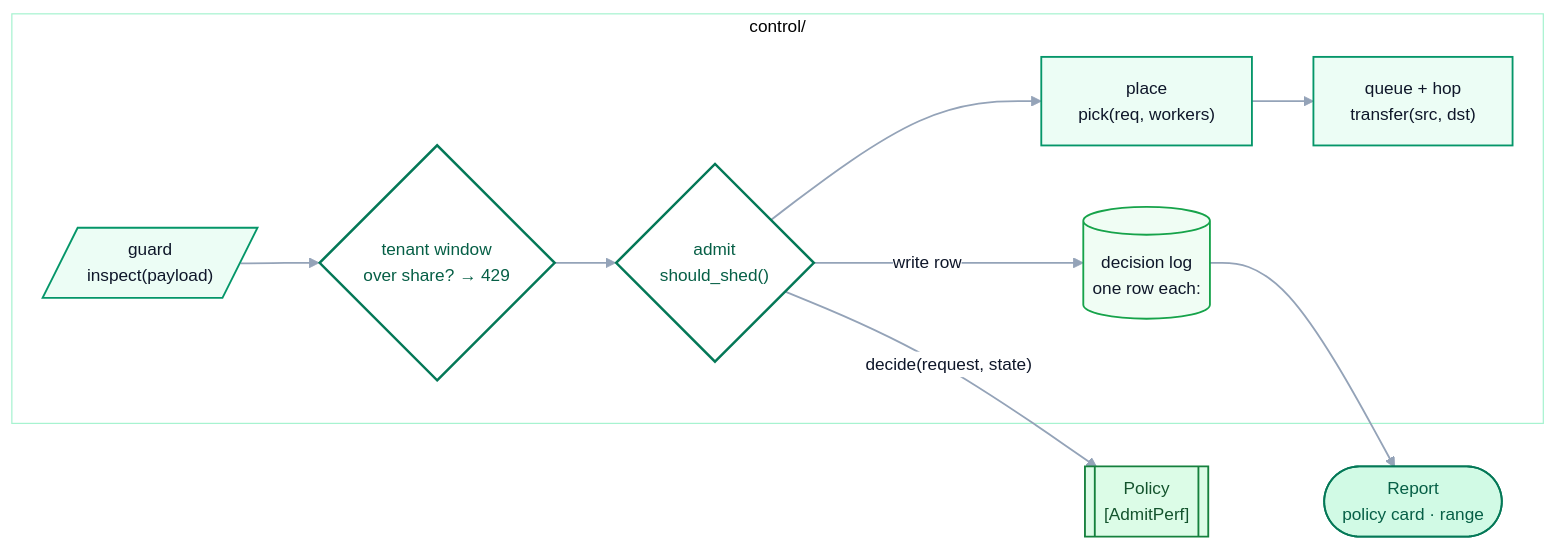
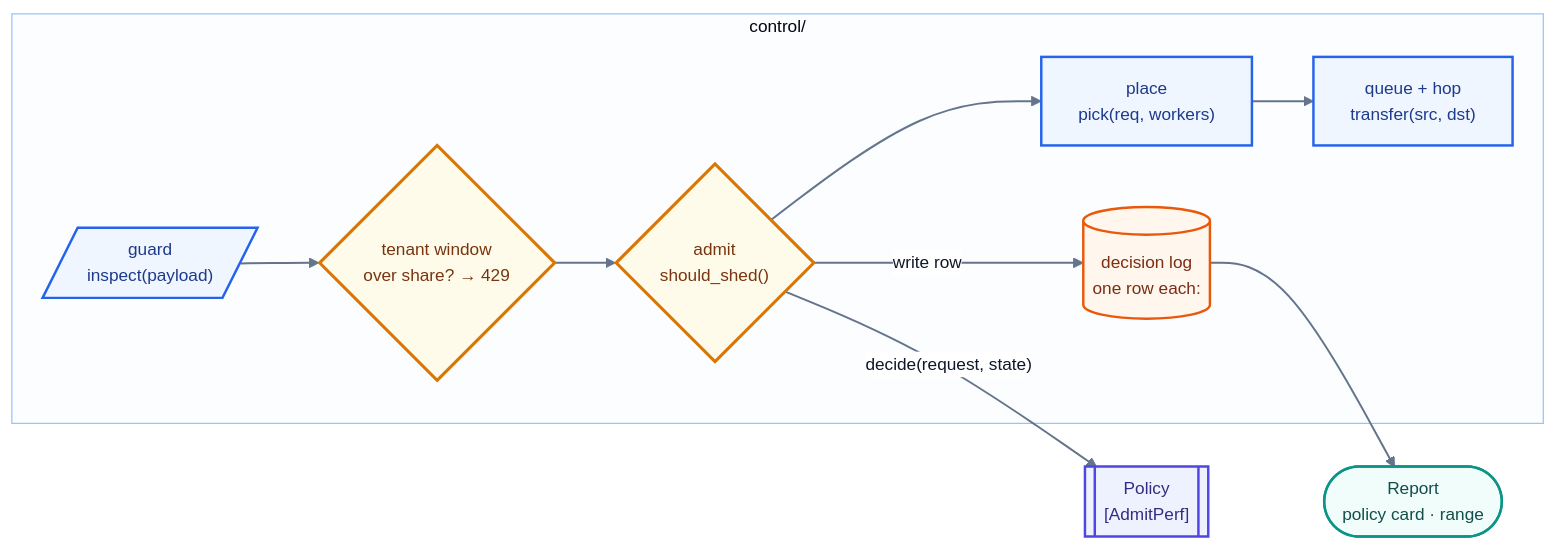
One commit to harshuljain13/Dodona changed the third of 3 diagrams in PROJECT.md. Above: the diagram before and after it, drawn with Mermaid. The commit also changed other lines of this file and 13 other files, not shown here.

First line of the commit message:
docs: make the hero diagram teach something, restore colour

````diff
--- a/PROJECT.md
+++ b/PROJECT.md
@@ -301,50 +313,56 @@
 ```mermaid
 %%{init: {'theme':'base','themeVariables':{
   'fontFamily':'ui-sans-serif, -apple-system, Segoe UI, Inter, Helvetica, Arial, sans-serif','fontSize':'14px',
-  'primaryColor':'#ecfdf5','primaryTextColor':'#0f172a','primaryBorderColor':'#059669',
-  'secondaryColor':'#f8fafc','tertiaryColor':'#ffffff',
-  'lineColor':'#94a3b8','textColor':'#1e293b',
-  'clusterBkg':'#ffffff','clusterBorder':'#a7f3d0',
-  'edgeLabelBackground':'#ffffff','nodeBorder':'#059669'
+  'primaryColor':'#eff6ff','primaryTextColor':'#0f172a','primaryBorderColor':'#2563eb',
+  'secondaryColor':'#f0fdf4','tertiaryColor':'#fffbeb',
+  'lineColor':'#64748b','textColor':'#1e293b',
+  'clusterBkg':'#fbfdff','clusterBorder':'#93c5fd',
+  'edgeLabelBackground':'#ffffff','nodeBorder':'#2563eb'
 }}}%%
 flowchart LR
   subgraph GW["control/"]
     G[/"guard<br/>inspect(payload)"/]
     T{"tenant window<br/>over share? → 429"}
     A{"admit<br/>should_shed()"}
     P["place<br/>pick(req, workers)"]
     H["queue + hop<br/>transfer(src, dst)"]
     L[("decision log<br/>one row each:")]
     G --> T --> A --> P --> H
   end
 
   POL[["Policy<br/>[AdmitPerf]"]]
   REP(["Report<br/>policy card · range"])
 
   A -->|"decide(request, state)"| POL
   A -->|"write row"| L
   L --> REP
 
   class G,P,H primary
   class T,A decision
   class POL highlight
   class L data
   class REP success
 
-    classDef primary   fill:#ecfdf5,stroke:#059669,stroke-width:1.5px,color:#0f172a
-    classDef secondary fill:#f0fdf4,stroke:#16a34a,stroke-width:1.5px,color:#0f172a
-    classDef accent    fill:#ffffff,stroke:#059669,stroke-width:1.5px,color:#0f172a
-    classDef decision  fill:#ffffff,stroke:#047857,stroke-width:2px,color:#065f46
-    classDef gate      fill:#ffffff,stroke:#047857,stroke-width:2px,color:#065f46
-    classDef data      fill:#f0fdf4,stroke:#16a34a,stroke-width:1.5px,color:#0f172a
-    classDef neutral   fill:#f8fafc,stroke:#cbd5e1,stroke-width:1.5px,color:#475569
-    classDef success   fill:#d1fae5,stroke:#047857,stroke-width:1.5px,color:#065f46
-    classDef out       fill:#d1fae5,stroke:#047857,stroke-width:1.5px,color:#065f46
-    classDef input     fill:#ffffff,stroke:#94a3b8,stroke-width:1.5px,color:#334155
-    classDef highlight fill:#dcfce7,stroke:#15803d,stroke-width:1.5px,color:#14532d
-    classDef pick      fill:#d1fae5,stroke:#047857,stroke-width:2px,color:#064e3b
-    classDef alt       fill:#ecfdf5,stroke:#059669,stroke-width:1.5px,color:#0f172a
-    classDef dead      fill:#ffffff,stroke:#e2e8f0,stroke-width:1.5px,color:#94a3b8
-    classDef note      fill:#ffffff,stroke:#e2e8f0,stroke-width:1px,color:#64748b
-    linkStyle default stroke:#94a3b8,stroke-width:1.5px
+    classDef actor  fill:#fff1f2,stroke:#e11d48,stroke-width:2px,color:#881337
+    classDef input  fill:#fff1f2,stroke:#e11d48,stroke-width:2px,color:#881337
+    classDef ext    fill:#faf5ff,stroke:#9333ea,stroke-width:2px,color:#581c87
+    classDef accent fill:#faf5ff,stroke:#9333ea,stroke-width:2px,color:#581c87
+    classDef ours   fill:#eff6ff,stroke:#2563eb,stroke-width:2px,color:#1e3a8a
+    classDef primary fill:#eff6ff,stroke:#2563eb,stroke-width:2px,color:#1e3a8a
+    classDef alt    fill:#eff6ff,stroke:#2563eb,stroke-width:2px,color:#1e3a8a
+    classDef gate   fill:#fffbeb,stroke:#d97706,stroke-width:2.5px,color:#78350f
+    classDef decision fill:#fffbeb,stroke:#d97706,stroke-width:2.5px,color:#78350f
+    classDef engine fill:#f0fdf4,stroke:#16a34a,stroke-width:2px,color:#14532d
+    classDef secondary fill:#f0fdf4,stroke:#16a34a,stroke-width:2px,color:#14532d
+    classDef store  fill:#fff7ed,stroke:#ea580c,stroke-width:2px,color:#7c2d12
+    classDef data   fill:#fff7ed,stroke:#ea580c,stroke-width:2px,color:#7c2d12
+    classDef obs    fill:#f8fafc,stroke:#64748b,stroke-width:2px,color:#334155
+    classDef neutral fill:#f8fafc,stroke:#64748b,stroke-width:2px,color:#334155
+    classDef out    fill:#f0fdfa,stroke:#0d9488,stroke-width:2px,color:#134e4a
+    classDef success fill:#f0fdfa,stroke:#0d9488,stroke-width:2px,color:#134e4a
+    classDef highlight fill:#eef2ff,stroke:#4f46e5,stroke-width:2px,color:#312e81
+    classDef pick   fill:#dcfce7,stroke:#15803d,stroke-width:3px,color:#14532d
+    classDef dead   fill:#fef2f2,stroke:#dc2626,stroke-width:2px,color:#7f1d1d
+    classDef note   fill:#ffffff,stroke:#cbd5e1,stroke-width:1.5px,color:#475569
+    linkStyle default stroke:#64748b,stroke-width:1.6px
 ```
````
